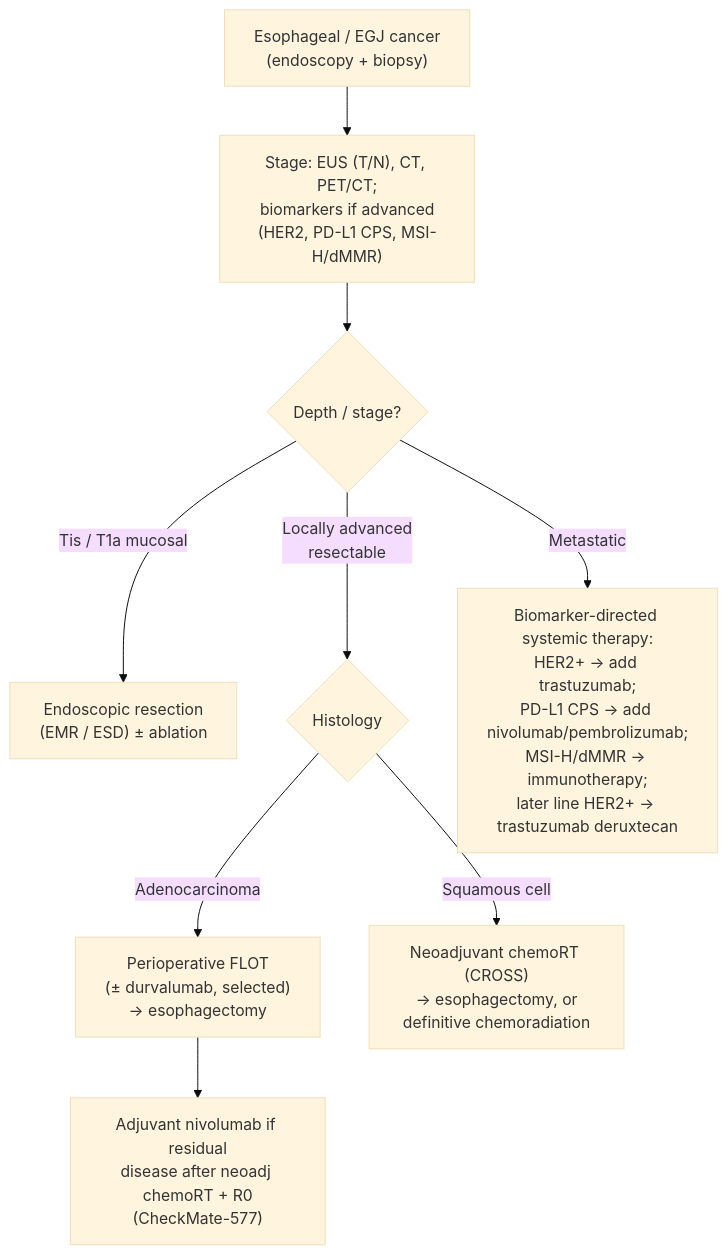
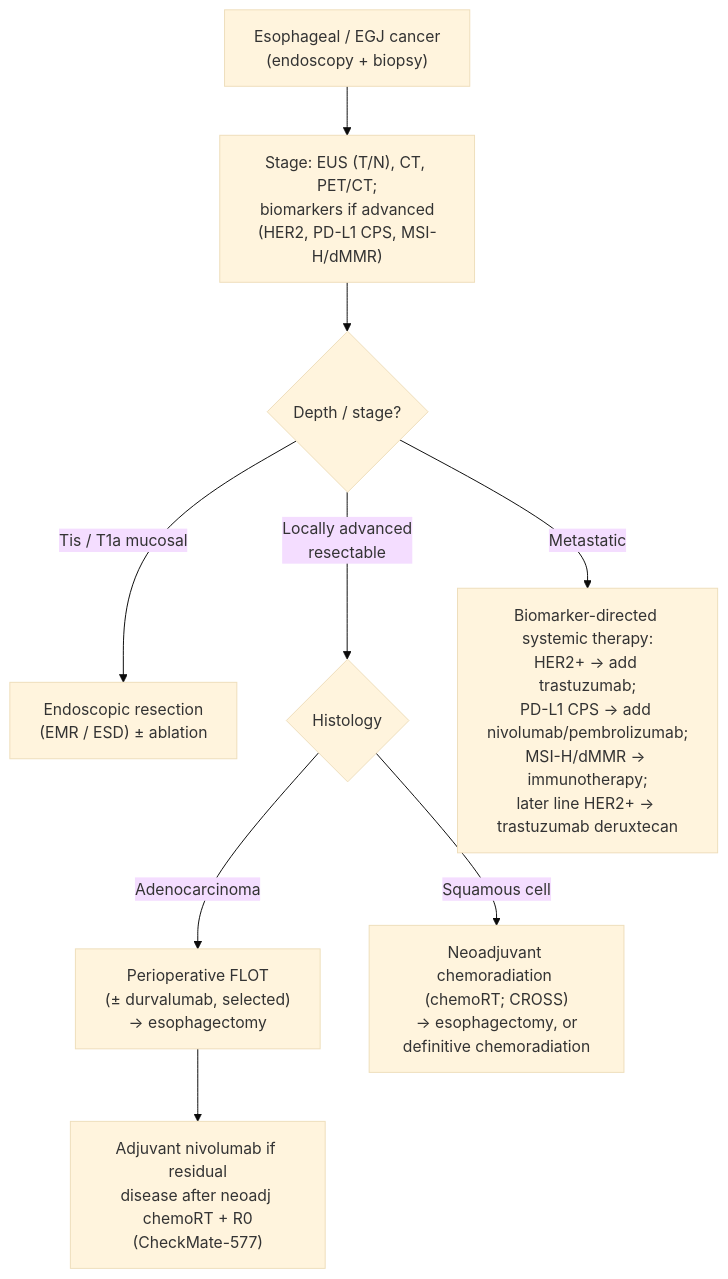
Before and after one commit to KHNickLeMD/KHNL-GI-Wiki: the diagram in KHNL-GI-Wiki/wiki/1-disease-scripts/foregut-and-motility-diseases/esophageal/esophageal-cancer.md, drawn with Mermaid (base theme). The commit also changed other lines of this file and 620 other files, not shown here.

````diff
--- a/KHNL-GI-Wiki/wiki/1-disease-scripts/foregut-and-motility-diseases/esophageal/esophageal-cancer.md
+++ b/KHNL-GI-Wiki/wiki/1-disease-scripts/foregut-and-motility-diseases/esophageal/esophageal-cancer.md
@@ -121,11 +121,11 @@
 ```mermaid
 flowchart TD
     A["Esophageal / EGJ cancer<br/>(endoscopy + biopsy)"] --> B["Stage: EUS (T/N), CT, PET/CT;<br/>biomarkers if advanced<br/>(HER2, PD-L1 CPS, MSI-H/dMMR)"]
     B --> C{"Depth / stage?"}
     C -->|"Tis / T1a mucosal"| ER["Endoscopic resection<br/>(EMR / ESD) ± ablation"]
     C -->|"Locally advanced<br/>resectable"| H{"Histology"}
     H -->|"Adenocarcinoma"| AD["Perioperative FLOT<br/>(± durvalumab, selected)<br/>→ esophagectomy"]
-    H -->|"Squamous cell"| SQ["Neoadjuvant chemoRT (CROSS)<br/>→ esophagectomy, or<br/>definitive chemoradiation"]
+    H -->|"Squamous cell"| SQ["Neoadjuvant chemoradiation (chemoRT; CROSS)<br/>→ esophagectomy, or<br/>definitive chemoradiation"]
     AD --> ADJ["Adjuvant nivolumab if residual<br/>disease after neoadj chemoRT + R0<br/>(CheckMate-577)"]
     C -->|"Metastatic"| M["Biomarker-directed systemic therapy:<br/>HER2+ → add trastuzumab;<br/>PD-L1 CPS → add nivolumab/pembrolizumab;<br/>MSI-H/dMMR → immunotherapy;<br/>later line HER2+ → trastuzumab deruxtecan"]
 ```
````
